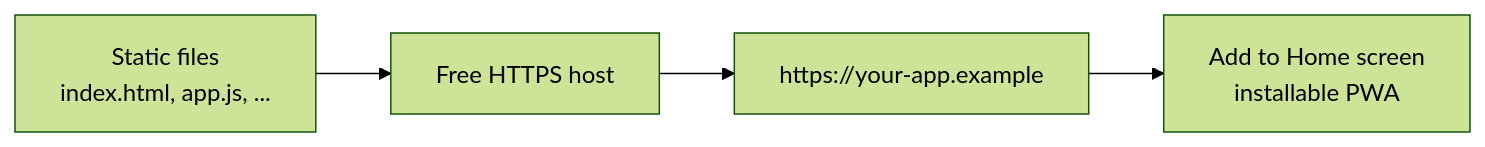
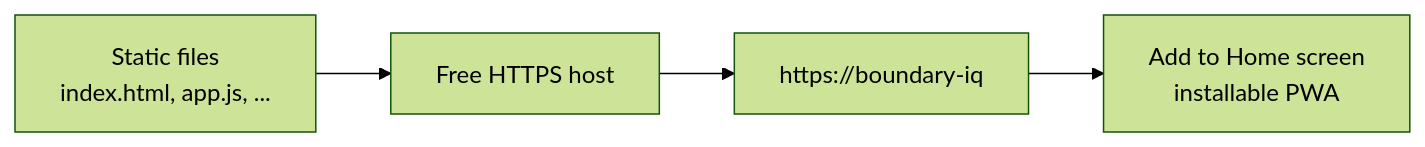
The diagram in docs/technical/deployment.md (aspirehub-app/boundary-iq), drawn with Mermaid (forest theme) before and after one commit.

Commit message:
docs: Update deployment diagram

````diff
--- a/docs/technical/deployment.md
+++ b/docs/technical/deployment.md
@@ -60,6 +60,6 @@
 ```mermaid
 flowchart LR
     Repo[Static files<br/>index.html, app.js, ...] --> Host[Free HTTPS host]
-    Host --> URL[https://your-app.example]
+    Host --> URL[https://boundary-iq]
     URL --> Phone[Add to Home screen<br/>installable PWA]
 ```
````
